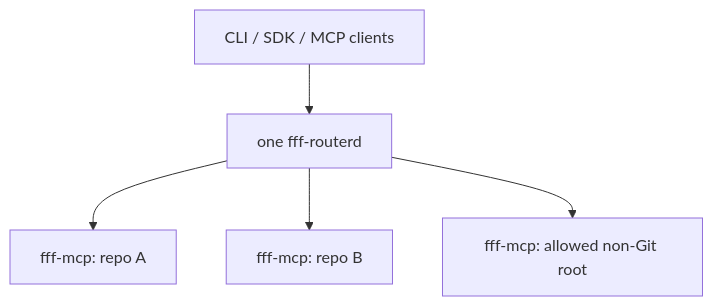
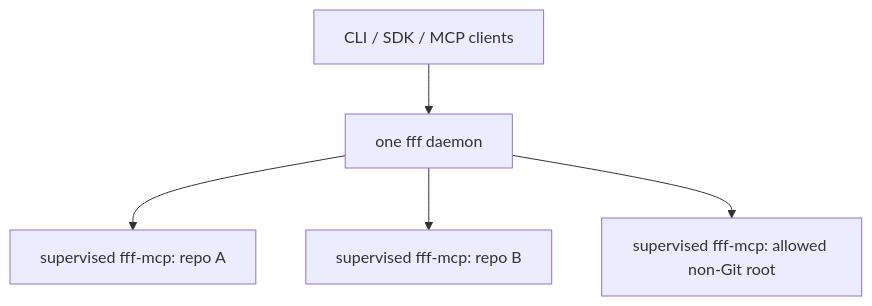
Before and after one commit to unstableneutron/fff-router: the diagram in README.md, drawn with Mermaid. The commit also changed other lines of this file and 90 other files, not shown here.

````diff
--- a/README.md
+++ b/README.md
@@ -220,7 +191,7 @@
 ```mermaid
 flowchart TD
-  C["CLI / SDK / MCP clients"] --> D["one fff-routerd"]
-  D --> A["fff-mcp: repo A"]
-  D --> B["fff-mcp: repo B"]
-  D --> N["fff-mcp: allowed non-Git root"]
+  C["CLI / SDK / MCP clients"] --> D["one fff daemon"]
+  D --> A["supervised fff-mcp: repo A"]
+  D --> B["supervised fff-mcp: repo B"]
+  D --> N["supervised fff-mcp: allowed non-Git root"]
 ```
````
